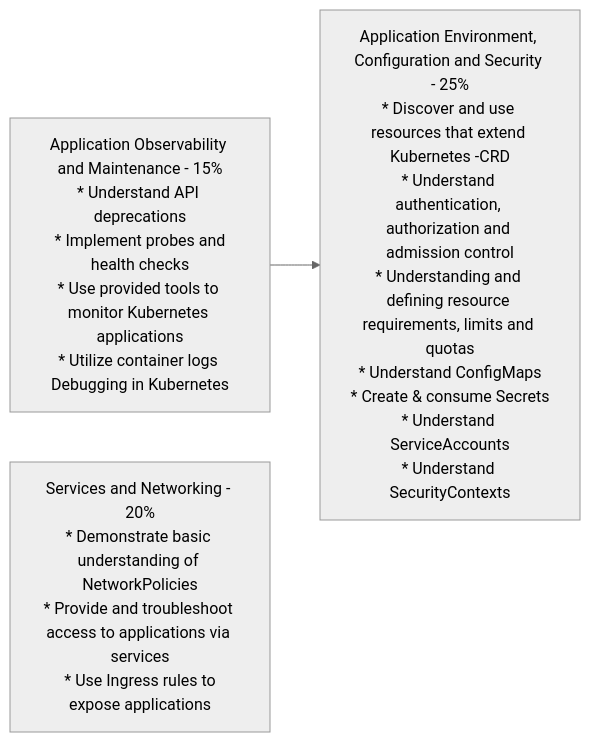
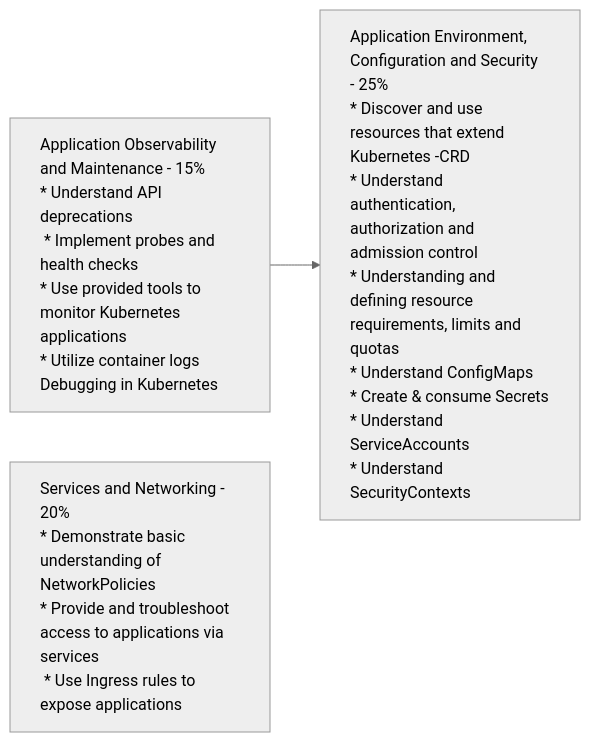
Before and after one commit to edithturn/CKAD-training: the second of 2 diagrams in README.md, drawn with Mermaid (neutral theme). The commit also changed other lines of this file, not shown here.

Commit message:
domain part II

````diff
--- a/README.md
+++ b/README.md
@@ -20,6 +21,9 @@
 ```mermaid
 flowchart LR
 C[Application Observability and Maintenance - 15%<br />* Understand API deprecations<br /> * Implement probes and health checks<br />* Use provided tools to monitor Kubernetes applications<br />* Utilize container logs Debugging in Kubernetes] --> D
+style C text-align:left
 D[Application Environment, Configuration and Security - 25%<br />* Discover and use resources that extend Kubernetes -CRD<br />* Understand authentication, authorization and admission control<br />* Understanding and defining resource requirements, limits and quotas<br />* Understand ConfigMaps<br />* Create & consume Secrets<br />* Understand ServiceAccounts<br />* Understand SecurityContexts]
+style D text-align:left
 E[Services and Networking - 20%<br />* Demonstrate basic understanding of NetworkPolicies<br />* Provide and troubleshoot access to applications via services<br /> * Use Ingress rules to expose applications]
+style E text-align:left
 ```
````
